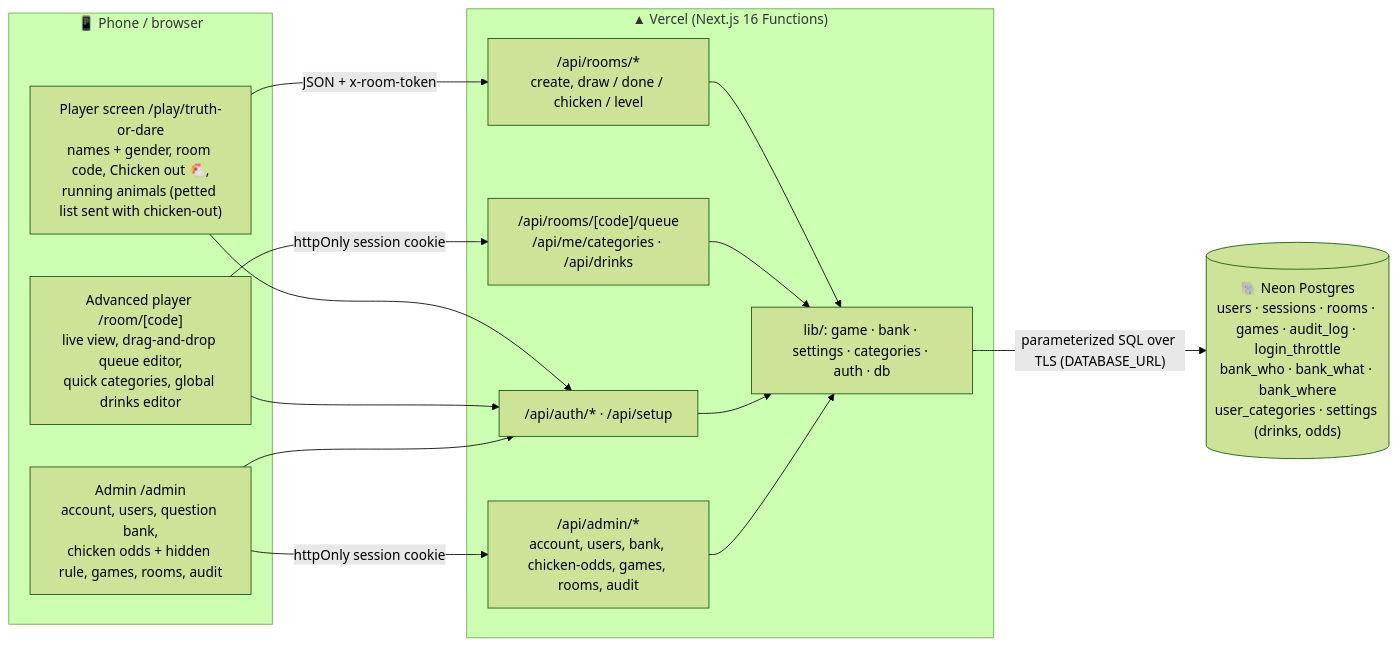
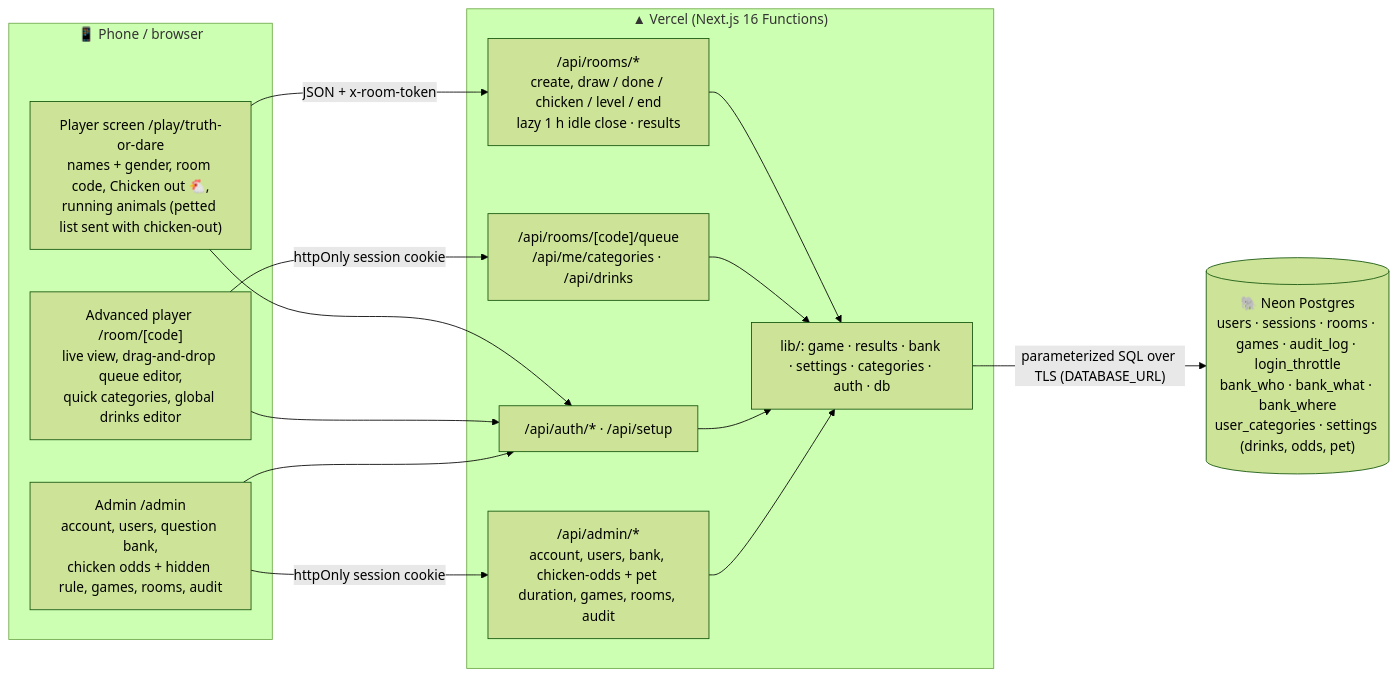
One commit to chanhinterai-max/party-games changed the diagram in ARCHITECTURE.md. Above: the diagram before and after it, drawn with Mermaid (forest theme). The commit also changed other lines of this file and 14 other files, not shown here.

Commit message:
v4: admin petted duration (= secret-rule window, server-checked), players x 10 questions per room, 1h idle close, End game + results (awards, titles, pairs), per-turn stats

````diff
--- a/ARCHITECTURE.md
+++ b/ARCHITECTURE.md
@@ -7,22 +7,22 @@
 ```mermaid
 flowchart LR
   subgraph Browser["📱 Phone / browser"]
     P["Player screen /play/truth-or-dare<br/>names + gender, room code, Chicken out 🐔,<br/>running animals (petted list sent with chicken-out)"]
     A["Advanced player /room/[code]<br/>live view, drag-and-drop queue editor,<br/>quick categories, global drinks editor"]
     D["Admin /admin<br/>account, users, question bank,<br/>chicken odds + hidden rule, games, rooms, audit"]
   end
   subgraph Vercel["▲ Vercel (Next.js 16 Functions)"]
-    R1["/api/rooms/*<br/>create, draw / done / chicken / level"]
+    R1["/api/rooms/*<br/>create, draw / done / chicken / level / end<br/>lazy 1 h idle close · results"]
     R2["/api/rooms/[code]/queue<br/>/api/me/categories · /api/drinks"]
     R3["/api/auth/* · /api/setup"]
-    R4["/api/admin/*<br/>account, users, bank, chicken-odds, games, rooms, audit"]
-    L["lib/: game · bank · settings · categories · auth · db"]
+    R4["/api/admin/*<br/>account, users, bank, chicken-odds + pet duration, games, rooms, audit"]
+    L["lib/: game · results · bank · settings · categories · auth · db"]
   end
-  DB[("🐘 Neon Postgres<br/>users · sessions · rooms · games · audit_log · login_throttle<br/>bank_who · bank_what · bank_where<br/>user_categories · settings (drinks, odds)")]
+  DB[("🐘 Neon Postgres<br/>users · sessions · rooms · games · audit_log · login_throttle<br/>bank_who · bank_what · bank_where<br/>user_categories · settings (drinks, odds, pet)")]
   P -- "JSON + x-room-token" --> R1
   A -- "httpOnly session cookie" --> R2
   D -- "httpOnly session cookie" --> R4
   P & A & D --> R3
   R1 & R2 & R3 & R4 --> L
   L -- "parameterized SQL over TLS (DATABASE_URL)" --> DB
 ```
````
